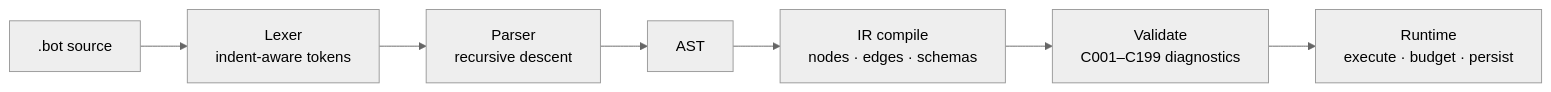
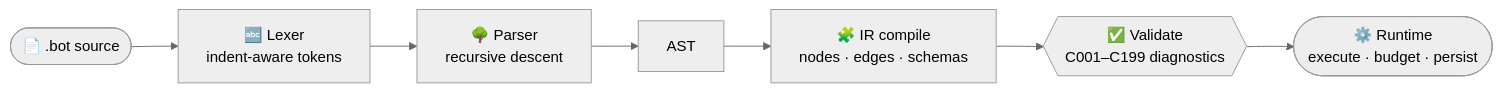
The diagram in docs/dsl.md (SocialGouv/iterion), drawn with Mermaid (neutral theme) before and after one commit. The commit also changed 13 other files, not shown here.

````diff
--- a/docs/dsl.md
+++ b/docs/dsl.md
@@ -11,9 +11,9 @@
 ```mermaid
 flowchart LR
-  SRC[".bot source"] --> LEX["Lexer<br/>indent-aware tokens"]
-  LEX --> PAR["Parser<br/>recursive descent"]
+  SRC(["📄 .bot source"]) --> LEX["🔤 Lexer<br/>indent-aware tokens"]
+  LEX --> PAR["🌳 Parser<br/>recursive descent"]
   PAR --> AST["AST"]
-  AST --> IR["IR compile<br/>nodes · edges · schemas"]
-  IR --> VAL["Validate<br/>C001–C199 diagnostics"]
-  VAL --> RUN["Runtime<br/>execute · budget · persist"]
+  AST --> IR["🧩 IR compile<br/>nodes · edges · schemas"]
+  IR --> VAL{{"✅ Validate<br/>C001–C199 diagnostics"}}
+  VAL --> RUN(["⚙️ Runtime<br/>execute · budget · persist"])
 ```
````
